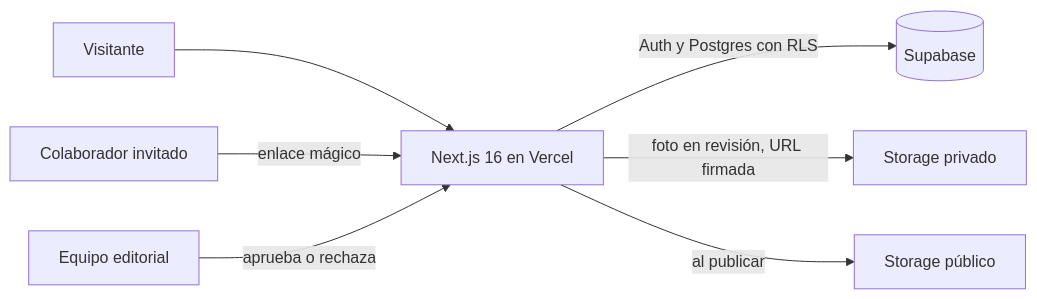
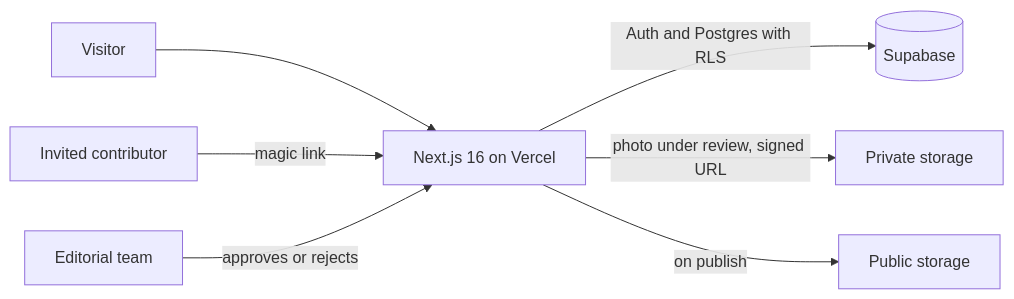
The diagram in README.md (GallaGit/Dwell_Havanna), drawn with Mermaid before and after one commit. The commit also changed other lines of this file, not shown here.

````diff
--- a/README.md
+++ b/README.md
@@ -27,9 +25,9 @@
 ```mermaid
 flowchart LR
-  V[Visitante] --> W[Next.js 16 en Vercel]
-  C[Colaborador invitado] -->|enlace mágico| W
-  W -->|Auth y Postgres con RLS| S[(Supabase)]
-  W -->|foto en revisión, URL firmada| M[Storage privado]
-  E[Equipo editorial] -->|aprueba o rechaza| W
-  W -->|al publicar| P[Storage público]
+  V[Visitor] --> W[Next.js 16 on Vercel]
+  C[Invited contributor] -->|magic link| W
+  W -->|Auth and Postgres with RLS| S[(Supabase)]
+  W -->|photo under review, signed URL| M[Private storage]
+  E[Editorial team] -->|approves or rejects| W
+  W -->|on publish| P[Public storage]
 ```
````
